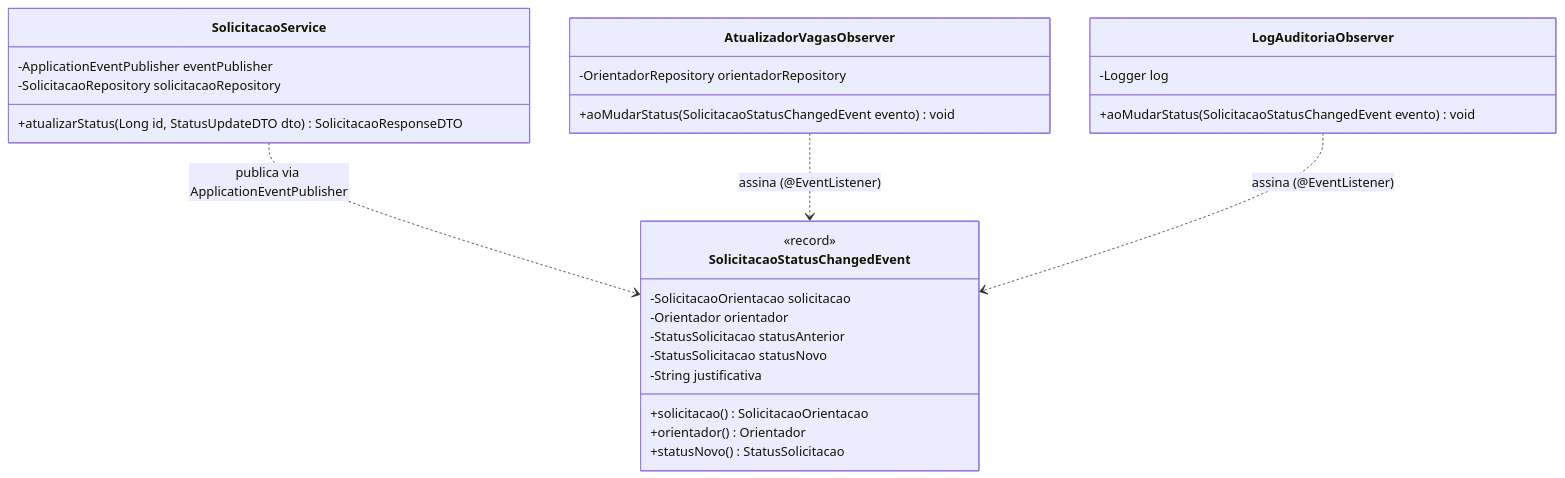
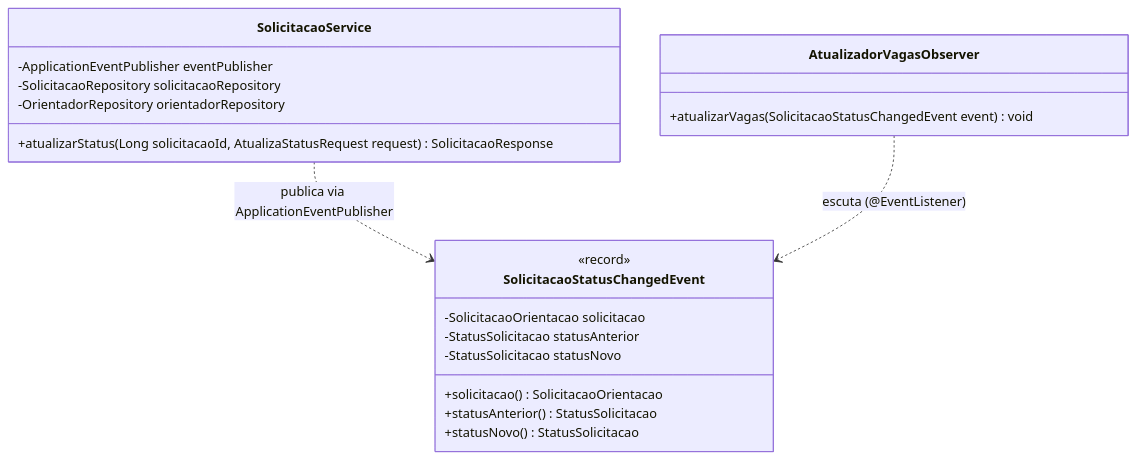
The second of 3 diagrams in docs/PADROES-DE-PROJETO.md (IFSC-ES2/es2-2026_2-equipe-3), drawn with Mermaid before and after one commit. The commit also changed other lines of this file, not shown here.

````diff
--- a/docs/PADROES-DE-PROJETO.md
+++ b/docs/PADROES-DE-PROJETO.md
@@ -312,36 +325,28 @@
 ```mermaid
 classDiagram
     direction TB
 
     class SolicitacaoService {
         -ApplicationEventPublisher eventPublisher
         -SolicitacaoRepository solicitacaoRepository
-        +atualizarStatus(Long id, StatusUpdateDTO dto) SolicitacaoResponseDTO
+        -OrientadorRepository orientadorRepository
+        +atualizarStatus(Long solicitacaoId, AtualizaStatusRequest request) SolicitacaoResponse
     }
 
     class SolicitacaoStatusChangedEvent {
         <<record>>
         -SolicitacaoOrientacao solicitacao
-        -Orientador orientador
         -StatusSolicitacao statusAnterior
         -StatusSolicitacao statusNovo
-        -String justificativa
         +solicitacao() SolicitacaoOrientacao
-        +orientador() Orientador
+        +statusAnterior() StatusSolicitacao
         +statusNovo() StatusSolicitacao
     }
 
     class AtualizadorVagasObserver {
-        -OrientadorRepository orientadorRepository
-        +aoMudarStatus(SolicitacaoStatusChangedEvent evento) void
-    }
-
-    class LogAuditoriaObserver {
-        -Logger log
-        +aoMudarStatus(SolicitacaoStatusChangedEvent evento) void
+        +atualizarVagas(SolicitacaoStatusChangedEvent event) void
     }
 
     SolicitacaoService ..> SolicitacaoStatusChangedEvent : publica via ApplicationEventPublisher
-    AtualizadorVagasObserver ..> SolicitacaoStatusChangedEvent : assina (@EventListener)
-    LogAuditoriaObserver ..> SolicitacaoStatusChangedEvent : assina (@EventListener)
+    AtualizadorVagasObserver ..> SolicitacaoStatusChangedEvent : escuta (@EventListener)
 ```
````
